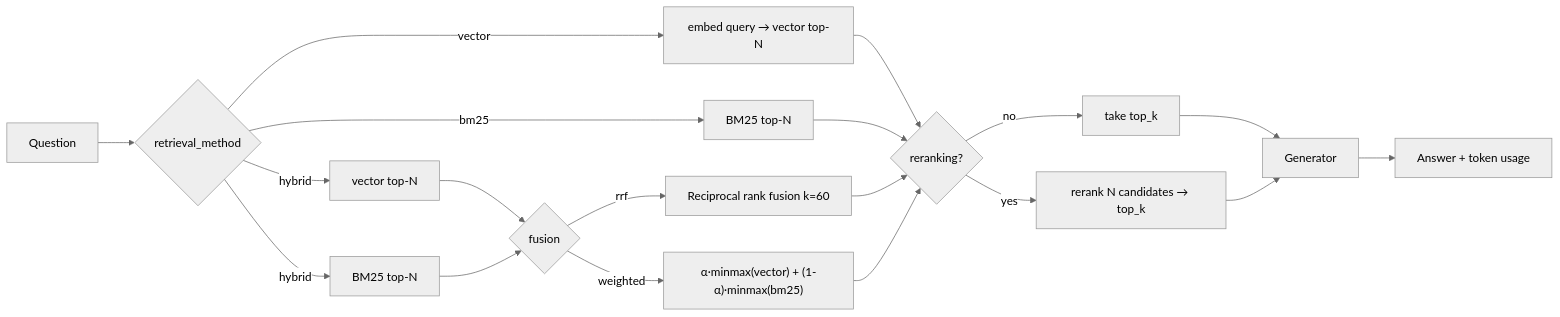
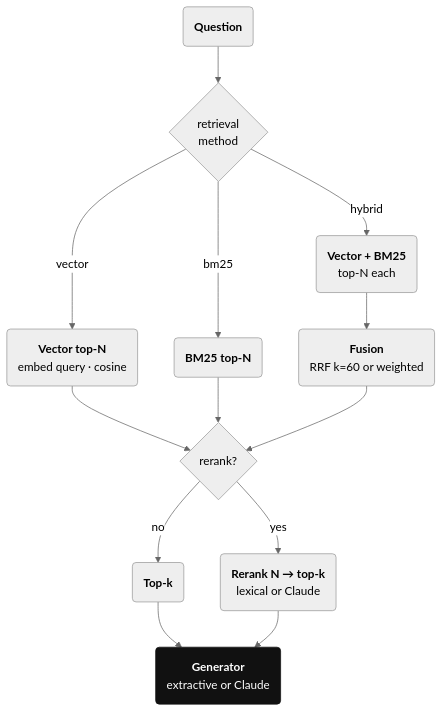
Before and after one commit to SuriyaKannimuthu/raglens-ai: the seventh of 11 diagrams in docs/technical-design.md, drawn with Mermaid (neutral theme). The commit also changed other lines of this file and 2 other files, not shown here.

````diff
--- a/docs/technical-design.md
+++ b/docs/technical-design.md
@@ -302,15 +395,16 @@
 ```mermaid
-flowchart LR
-    q[Question] --> fs{retrieval_method}
-    fs -->|vector| v[embed query → vector top-N]
-    fs -->|bm25| b[BM25 top-N]
-    fs -->|hybrid| h1[vector top-N] & h2[BM25 top-N]
-    h1 & h2 --> f{fusion}
-    f -->|rrf| rrf[Reciprocal rank fusion k=60]
-    f -->|weighted| w["α·minmax(vector) + (1-α)·minmax(bm25)"]
-    v & b & rrf & w --> rr{reranking?}
-    rr -->|no| top[take top_k]
-    rr -->|yes| rk[rerank N candidates → top_k]
-    top & rk --> gen[Generator]
-    gen --> ans[Answer + token usage]
+flowchart TB
+    q("<b>Question</b>") --> fs{"retrieval<br/>method"}
+    fs -->|vector| v("<b>Vector top-N</b><br/><span class='sub'>embed query · cosine</span>")
+    fs -->|bm25| b("<b>BM25 top-N</b>")
+    fs -->|hybrid| h("<b>Vector + BM25</b><br/><span class='sub'>top-N each</span>")
+    h --> f("<b>Fusion</b><br/><span class='sub'>RRF k=60 or weighted</span>")
+    v --> rr{"rerank?"}
+    b --> rr
+    f --> rr
+    rr -->|no| t("<b>Top-k</b>")
+    rr -->|yes| rk("<b>Rerank N → top-k</b><br/><span class='sub'>lexical or Claude</span>")
+    t --> gen("<b>Generator</b><br/><span class='sub'>extractive or Claude</span>"):::dark
+    rk --> gen
+    classDef dark fill:#111,stroke:#111,color:#fff
 ```
````
